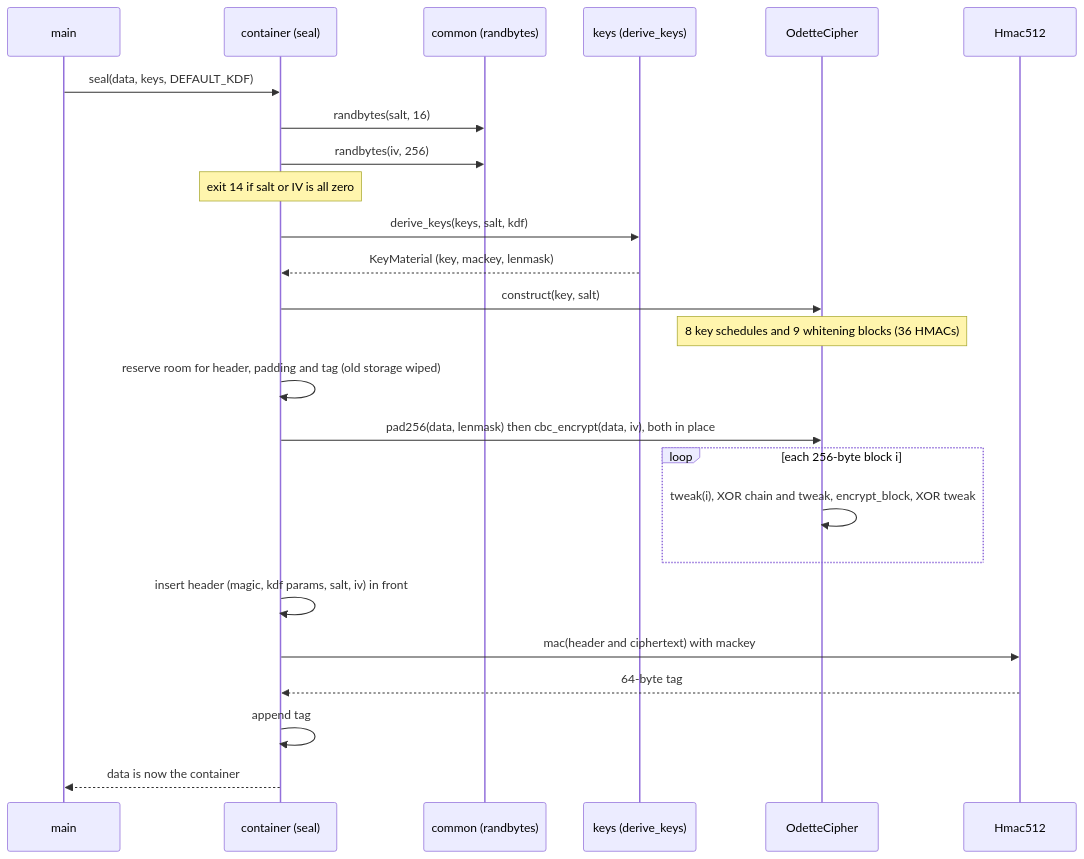
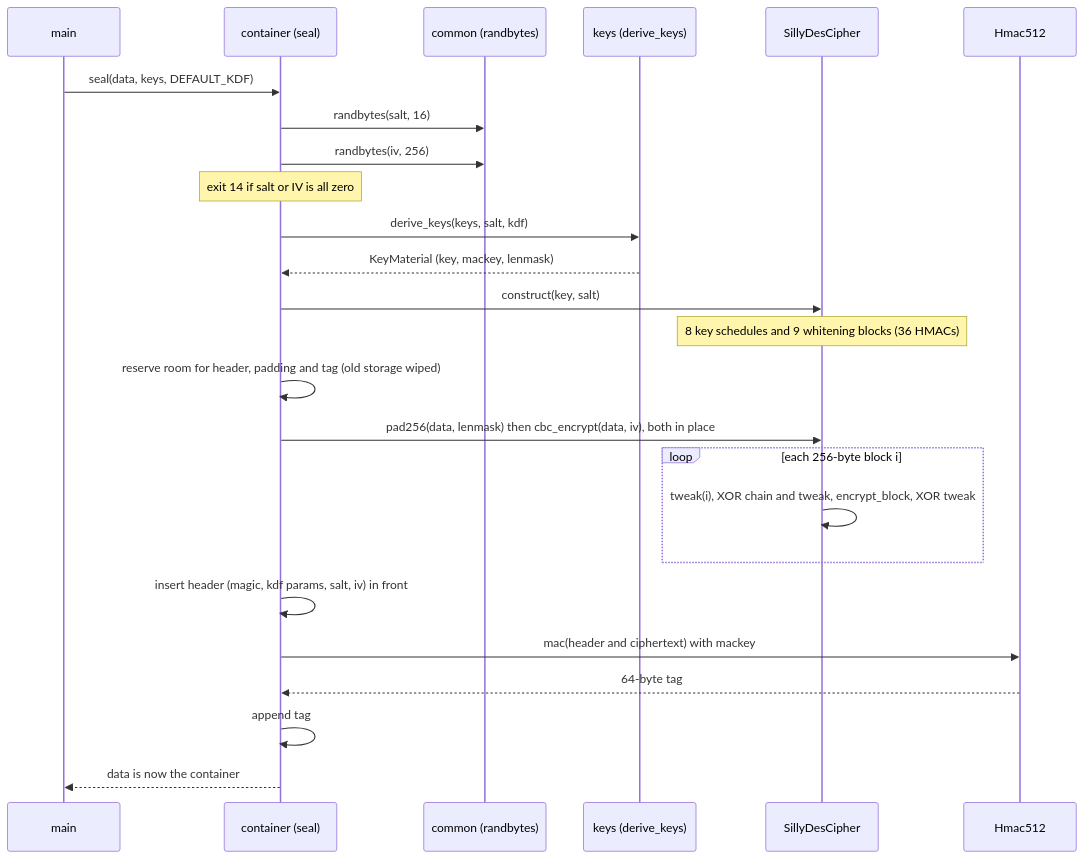
One commit to avw1ein/sillydes changed the fourth of 10 diagrams in STRUCTURE.md. Above: the diagram before and after it, drawn with Mermaid. The commit also changed other lines of this file and 17 other files, not shown here.

First line of the commit message:
Rename project from Odette to SillyDES

````diff
--- a/STRUCTURE.md
+++ b/STRUCTURE.md
@@ -200,28 +200,28 @@
 ```mermaid
 sequenceDiagram
     participant M as main
     participant C as container (seal)
     participant R as common (randbytes)
     participant K as keys (derive_keys)
-    participant O as OdetteCipher
+    participant O as SillyDesCipher
     participant H as Hmac512
 
     M->>C: seal(data, keys, DEFAULT_KDF)
     C->>R: randbytes(salt, 16)
     C->>R: randbytes(iv, 256)
     Note over C: exit 14 if salt or IV is all zero
     C->>K: derive_keys(keys, salt, kdf)
     K-->>C: KeyMaterial (key, mackey, lenmask)
     C->>O: construct(key, salt)
     Note over O: 8 key schedules and 9 whitening blocks (36 HMACs)
     C->>C: reserve room for header, padding and tag (old storage wiped)
     C->>O: pad256(data, lenmask) then cbc_encrypt(data, iv), both in place
     loop each 256-byte block i
         O->>O: tweak(i), XOR chain and tweak, encrypt_block, XOR tweak
     end
     C->>C: insert header (magic, kdf params, salt, iv) in front
     C->>H: mac(header and ciphertext) with mackey
     H-->>C: 64-byte tag
     C->>C: append tag
     C-->>M: data is now the container
 ```
````
